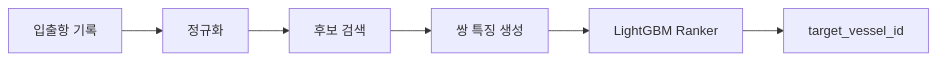
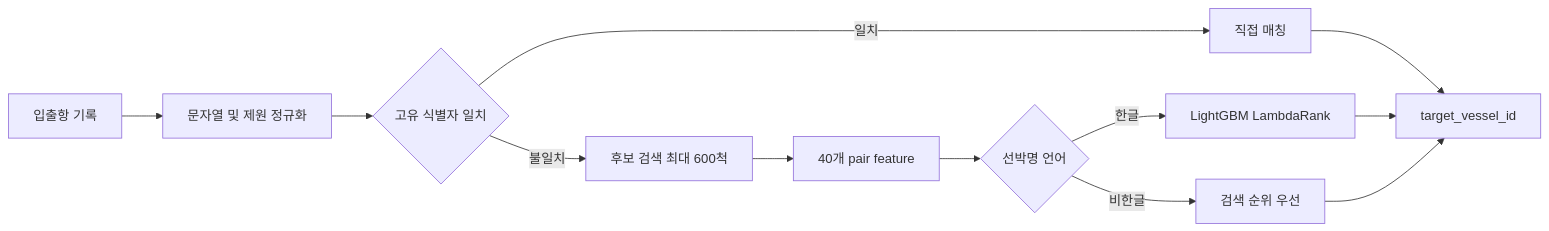
Before and after one commit to junkwon0825/port-vessel-matching-ai: the diagram in README.md, drawn with Mermaid. The commit also changed other lines of this file and 2 other files, not shown here.

````diff
--- a/README.md
+++ b/README.md
@@ -17,8 +51,14 @@
 ```mermaid
 flowchart LR
-    A[입출항 기록] --> B[정규화]
-    B --> C[후보 검색]
-    C --> D[쌍 특징 생성]
-    D --> E[LightGBM Ranker]
-    E --> F[target_vessel_id]
+    A[입출항 기록] --> B[문자열 및 제원 정규화]
+    B --> C{고유 식별자 일치}
+    C -->|일치| D[직접 매칭]
+    C -->|불일치| E[후보 검색 최대 600척]
+    E --> F[40개 pair feature]
+    F --> G{선박명 언어}
+    G -->|한글| H[LightGBM LambdaRank]
+    G -->|비한글| I[검색 순위 우선]
+    D --> J[target_vessel_id]
+    H --> J
+    I --> J
 ```
````
